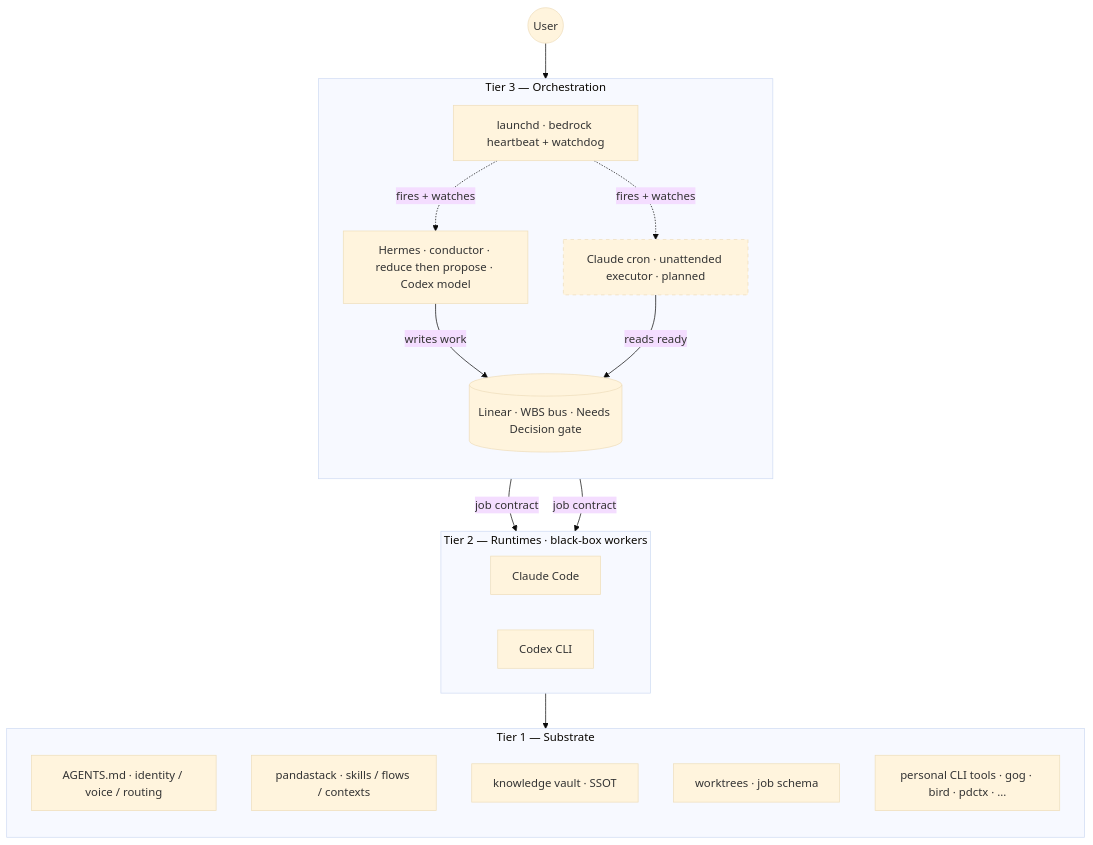
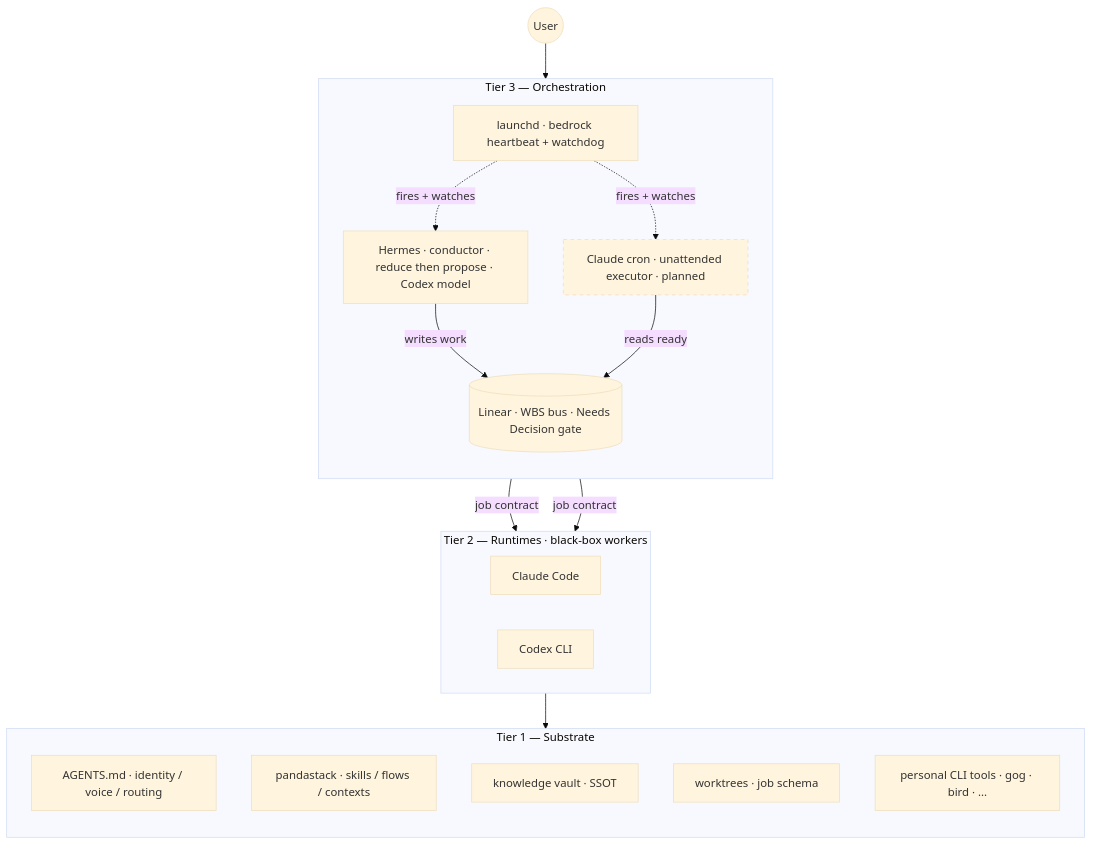
The diagram in README.md (panda850819/verbs), drawn with Mermaid (base theme) before and after one commit. The commit also changed other lines of this file, not shown here.

First line of the commit message:
docs(readme): collapse pdctx + pandastack-private overlay to a single-package model

````diff
--- a/README.md
+++ b/README.md
@@ -157,38 +156,38 @@
 ```mermaid
 flowchart TB
     User((User))
 
     subgraph T3 [Tier 3 — Orchestration]
         direction TB
         launchd[launchd · bedrock heartbeat + watchdog]
         hermes[Hermes · conductor · reduce then propose · Codex model]
         exec[Claude cron · unattended executor · planned]
         linear[(Linear · WBS bus · Needs Decision gate)]
     end
 
     subgraph T2 [Tier 2 — Runtimes · black-box workers]
         direction LR
         cc[Claude Code]
         cx[Codex CLI]
     end
 
     subgraph T1 [Tier 1 — Substrate]
         direction TB
         agents[AGENTS.md · identity / voice / routing]
         skills[pandastack · skills / flows / contexts]
         knowledge[knowledge vault · SSOT]
         job[worktrees · job schema]
-        cli[personal CLI tools · gog · bird · pdctx · ...]
+        cli[personal CLI tools · gog · bird · ...]
     end
 
     User --> hermes
     launchd -. fires + watches .-> hermes
     launchd -. fires + watches .-> exec
     hermes -- writes work --> linear
     exec -- reads ready --> linear
     hermes -- job contract --> T2
     exec -- job contract --> T2
     T2 --> T1
 
     style exec stroke-dasharray: 5 5
 ```
````
